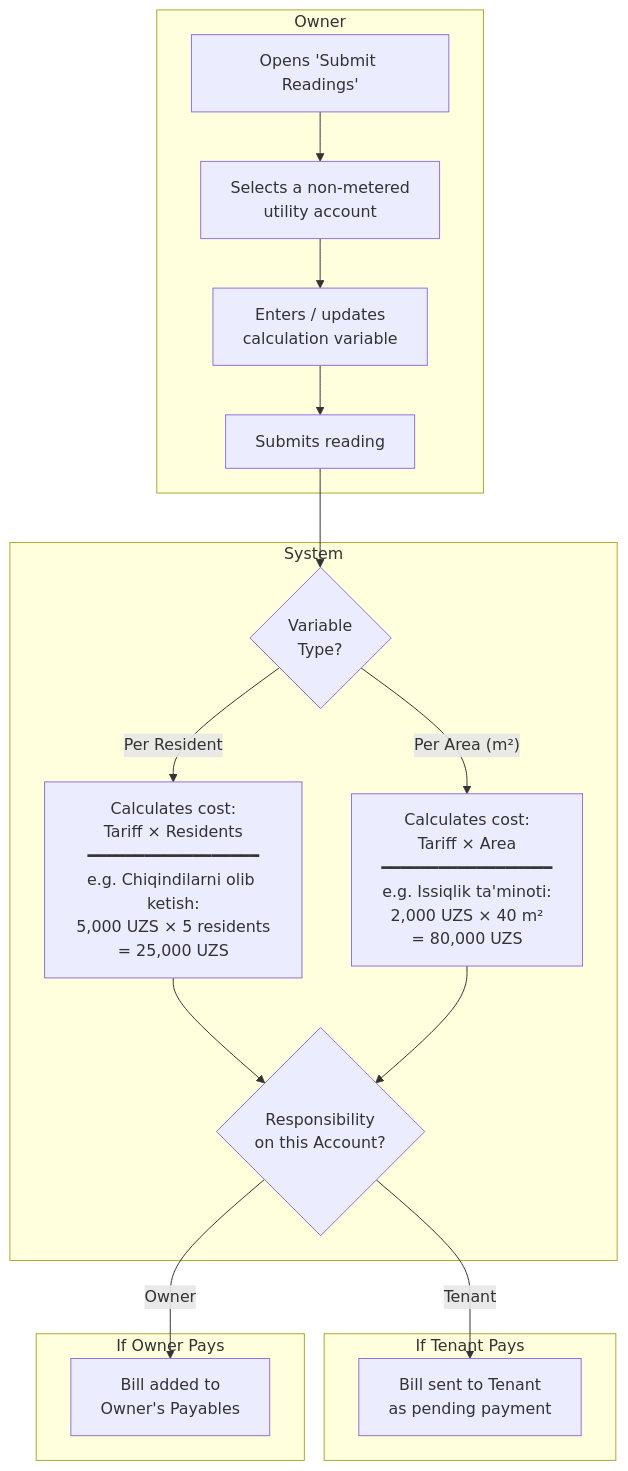
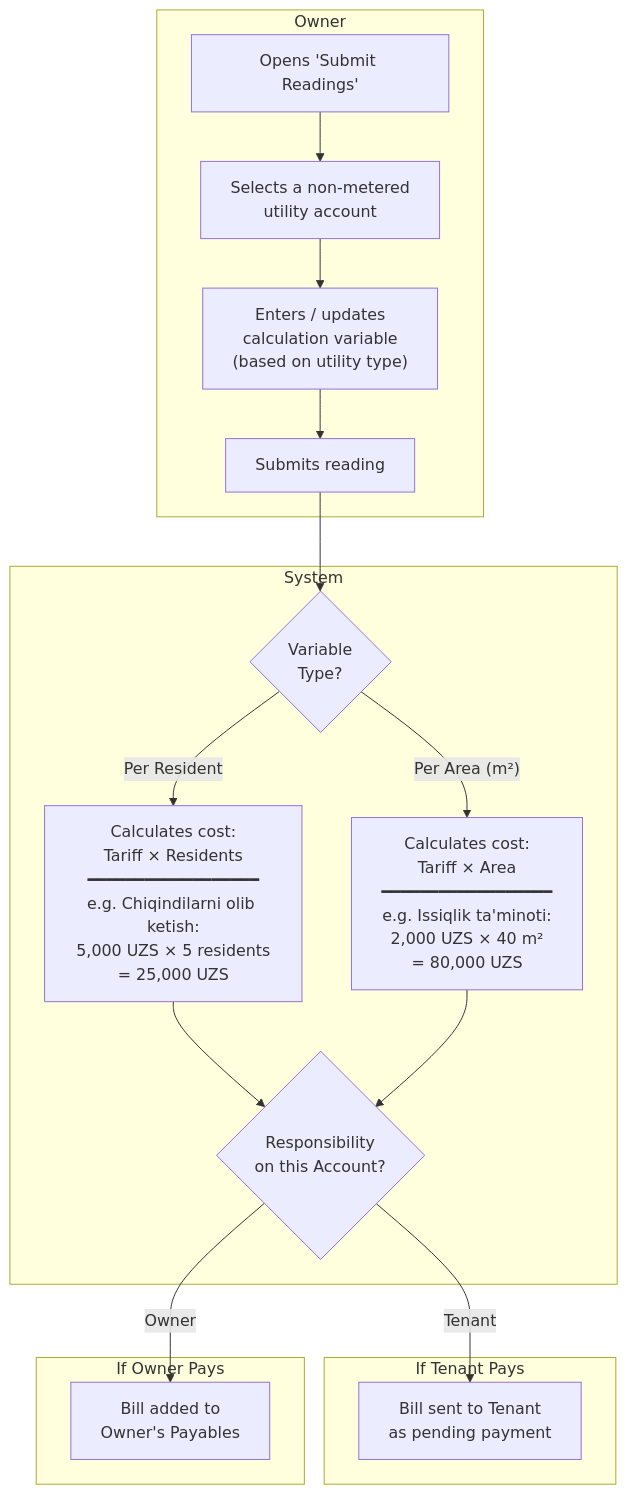
The sixth of 12 diagrams in Utilities - Business Owner.md (saodatm-dev/Utilities---Informational-Architecture), drawn with Mermaid before and after one commit.

Commit message:
docs: Clarify that calculation variable entry is based on utility type in the business owner flow diagram.

````diff
--- a/Utilities - Business Owner.md
+++ b/Utilities - Business Owner.md
@@ -194,25 +194,25 @@
 ```mermaid
 flowchart TD
     subgraph OWNER_ACTIONS ["Owner"]
         OPEN["Opens 'Submit Readings'"] --> SELECT["Selects a non-metered<br/>utility account"]
-        SELECT --> INPUT["Enters / updates<br/>calculation variable"]
+        SELECT --> INPUT["Enters / updates<br/>calculation variable<br/>(based on utility type)"]
         INPUT --> SUBMIT["Submits reading"]
     end
 
     subgraph SYSTEM_ACTIONS ["System"]
         SUBMIT --> DETERMINE{"Variable<br/>Type?"}
         DETERMINE -->|"Per Resident"| CALC_RES["Calculates cost:<br/>Tariff × Residents<br/>━━━━━━━━━━━━━━━━━━<br/>e.g. Chiqindilarni olib ketish:<br/>5,000 UZS × 5 residents<br/>= 25,000 UZS"]
         DETERMINE -->|"Per Area (m²)"| CALC_AREA["Calculates cost:<br/>Tariff × Area<br/>━━━━━━━━━━━━━━━━━━<br/>e.g. Issiqlik ta'minoti:<br/>2,000 UZS × 40 m²<br/>= 80,000 UZS"]
 
         CALC_RES --> CHECK_RESP{"Responsibility<br/>on this Account?"}
         CALC_AREA --> CHECK_RESP
     end
 
     subgraph TENANT_PATH ["If Tenant Pays"]
         CHECK_RESP -->|"Tenant"| BILL_T["Bill sent to Tenant<br/>as pending payment"]
     end
 
     subgraph OWNER_PATH ["If Owner Pays"]
         CHECK_RESP -->|"Owner"| BILL_O["Bill added to<br/>Owner's Payables"]
     end
 ```
````
